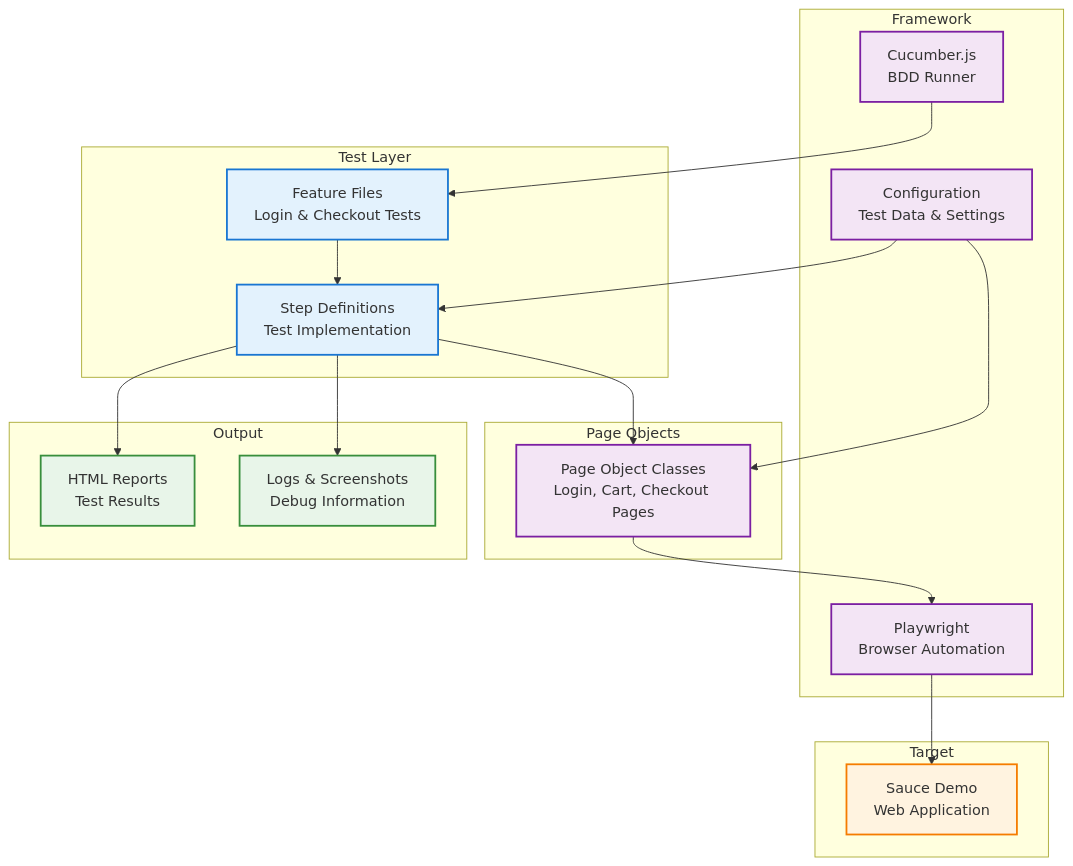
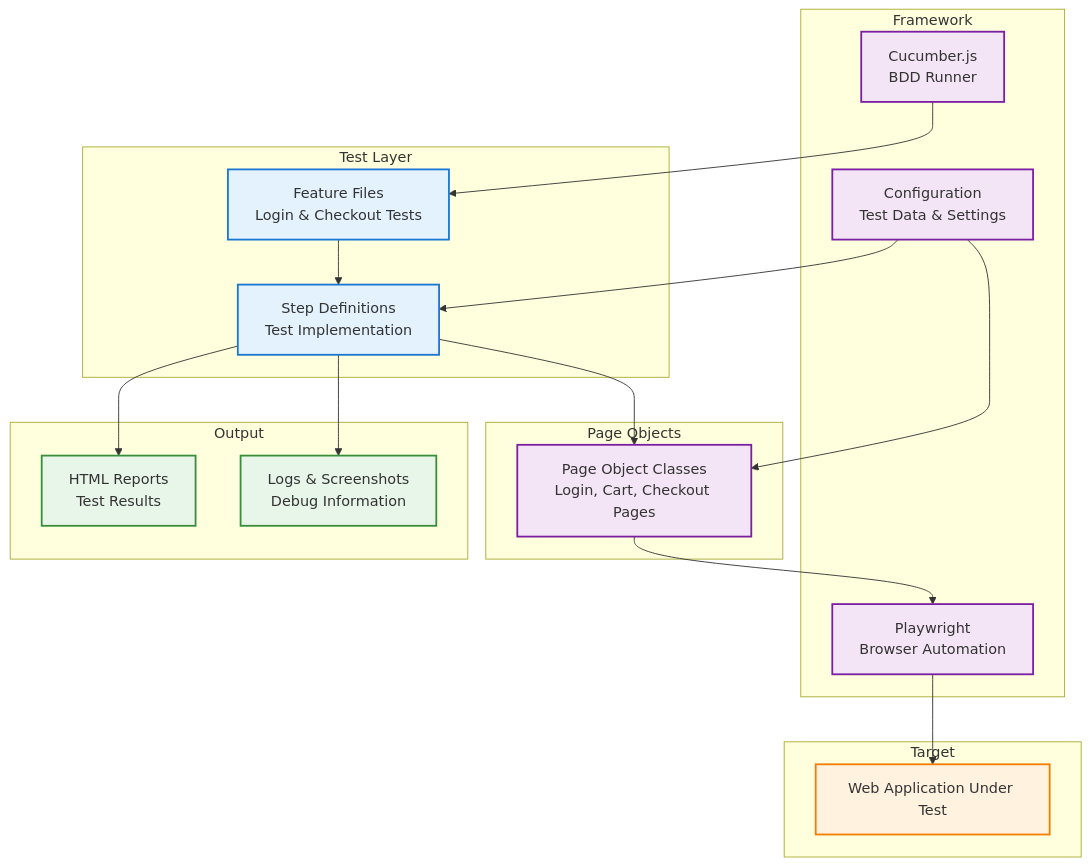
The diagram in README.md (nirmalasl/1BTFEAutomation), drawn with Mermaid before and after one commit. The commit also changed other lines of this file and 1 other file, not shown here.

````diff
--- a/README.md
+++ b/README.md
@@ -9,48 +39,48 @@
 ```mermaid
 graph TB
     subgraph "Test Layer"
         Tests[Feature Files<br/>Login & Checkout Tests]
         Steps[Step Definitions<br/>Test Implementation]
     end
 
     subgraph "Page Objects"
         Pages[Page Object Classes<br/>Login, Cart, Checkout Pages]
     end
 
     subgraph "Framework"
         Cucumber[Cucumber.js<br/>BDD Runner]
         Playwright[Playwright<br/>Browser Automation]
         Config[Configuration<br/>Test Data & Settings]
     end
 
     subgraph "Output"
         Reports[HTML Reports<br/>Test Results]
         Logs[Logs & Screenshots<br/>Debug Information]
     end
 
     subgraph "Target"
-        App[Sauce Demo<br/>Web Application]
+        App[Web Application Under Test]
     end
 
     %% Flow
     Tests --> Steps
     Steps --> Pages
     Pages --> Playwright
     Cucumber --> Tests
     Config --> Steps
     Config --> Pages
     Playwright --> App
     Steps --> Reports
     Steps --> Logs
 
     %% Styling
     classDef test fill:#e3f2fd,stroke:#1976d2,stroke-width:2px
     classDef framework fill:#f3e5f5,stroke:#7b1fa2,stroke-width:2px
     classDef output fill:#e8f5e9,stroke:#388e3c,stroke-width:2px
     classDef target fill:#fff3e0,stroke:#f57c00,stroke-width:2px
 
     class Tests,Steps test
     class Pages,Cucumber,Playwright,Config framework
     class Reports,Logs output
     class App target
 ```
````
